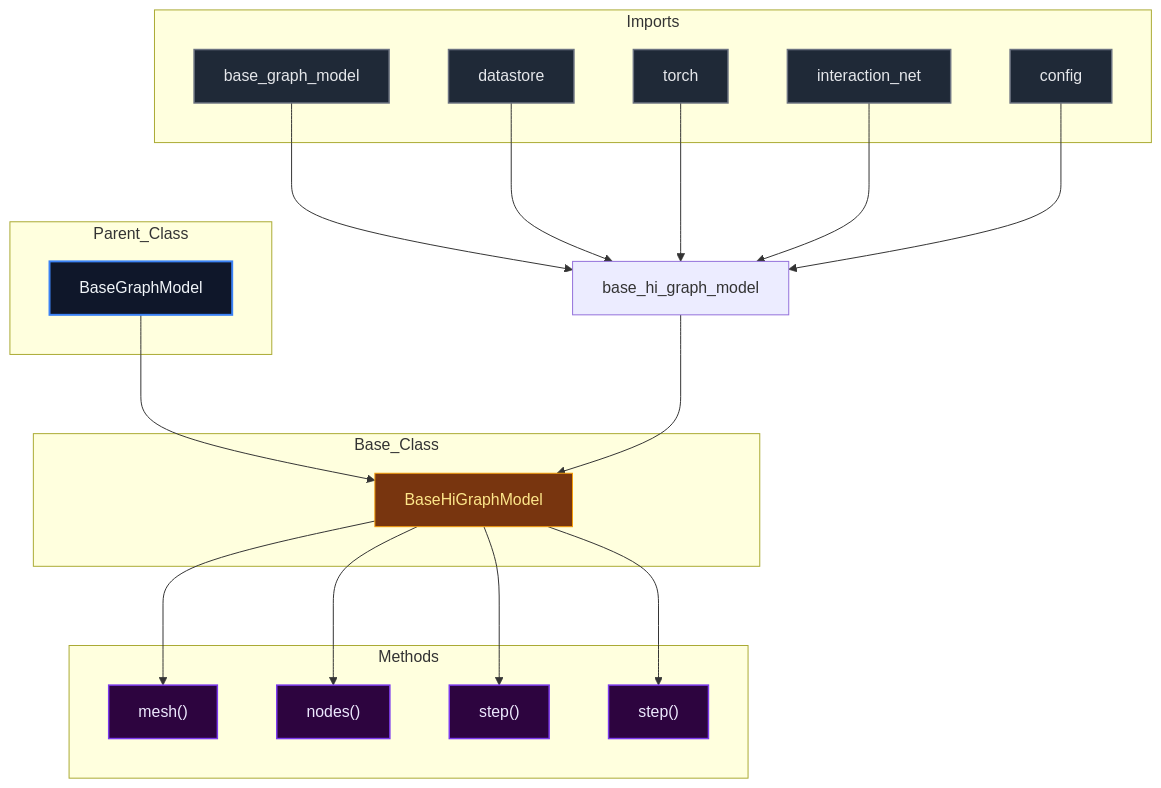
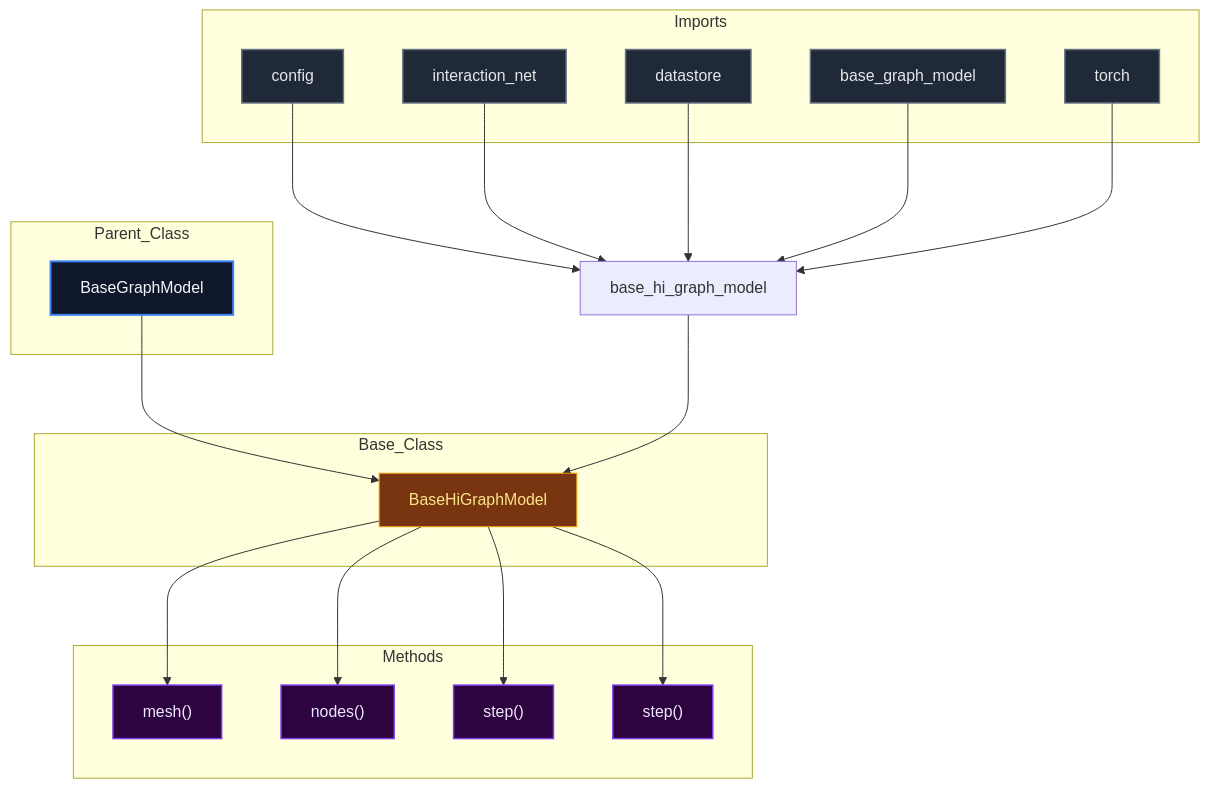
Before and after one commit to mllam/neural-lam: the diagram in docs/diagrams/structure/base_hi_graph_model_diagram.md, drawn with Mermaid. The commit also changed 20 other files, not shown here.

````diff
--- a/docs/diagrams/structure/base_hi_graph_model_diagram.md
+++ b/docs/diagrams/structure/base_hi_graph_model_diagram.md
@@ -1,53 +1,53 @@
 ```mermaid
 %%{init: {'flowchart': {'nodeSpacing': 60, 'rankSpacing': 80}}}%%
 flowchart TD
 
 module["base_hi_graph_model"]
 
 subgraph Parent_Class
     BaseGraphModel["BaseGraphModel"]
 end
 
 subgraph Base_Class
     BaseHiGraphModel["BaseHiGraphModel"]
 end
 
     BaseGraphModel --> BaseHiGraphModel
 
 subgraph Imports
+    config["config"]
+    interaction_net["interaction_net"]
+    datastore["datastore"]
     base_graph_model["base_graph_model"]
-    datastore["datastore"]
     torch["torch"]
-    interaction_net["interaction_net"]
-    config["config"]
 end
 
+    config --> module
+    interaction_net --> module
+    datastore --> module
     base_graph_model --> module
-    datastore --> module
     torch --> module
-    interaction_net --> module
-    config --> module
     module --> BaseHiGraphModel
 
 subgraph Methods
     BaseHiGraphModel_get_num_mesh["mesh()"]
     BaseHiGraphModel_embedd_mesh_nodes["nodes()"]
     BaseHiGraphModel_process_step["step()"]
     BaseHiGraphModel_hi_processor_step["step()"]
 end
 
     BaseHiGraphModel --> BaseHiGraphModel_get_num_mesh
     BaseHiGraphModel --> BaseHiGraphModel_embedd_mesh_nodes
     BaseHiGraphModel --> BaseHiGraphModel_process_step
     BaseHiGraphModel --> BaseHiGraphModel_hi_processor_step
 
 classDef parent fill:#0f172a,stroke:#3b82f6,stroke-width:2px,color:#f1f5f9,font-size:16px
 classDef base fill:#78350f,stroke:#f59e0b,stroke-width:1px,color:#fde68a,font-size:16px
 classDef import fill:#1f2937,stroke:#6b7280,stroke-width:1.5px,color:#e5e7eb,font-size:16px
 classDef method fill:#2d043f,stroke:#7c3aed,stroke-width:1.5px,color:#ede9fe,font-size:16px
 classDef callNode fill:#064e3b,stroke:#10b981,stroke-width:1.5px,color:#d1fae5,font-size:16px
 class BaseGraphModel parent
 class BaseHiGraphModel base
-class base_graph_model,datastore,torch,interaction_net,config import
+class config,interaction_net,datastore,base_graph_model,torch import
 class BaseHiGraphModel_get_num_mesh,BaseHiGraphModel_embedd_mesh_nodes,BaseHiGraphModel_process_step,BaseHiGraphModel_hi_processor_step method
 ```
````
